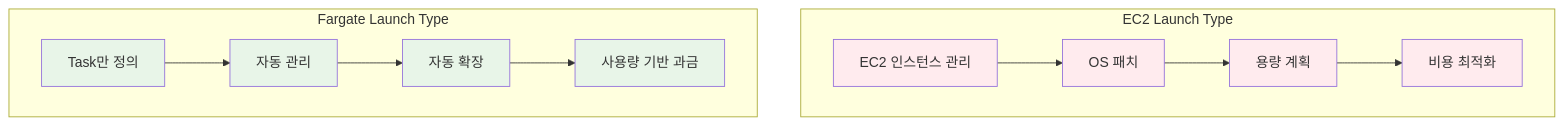
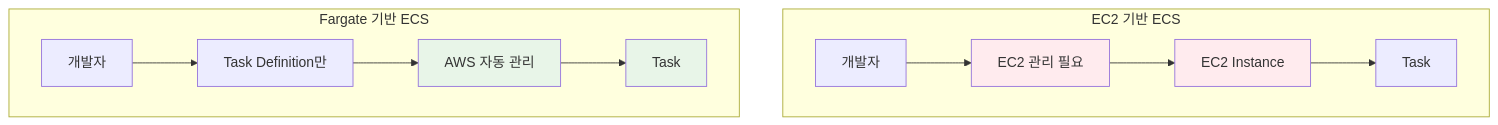
One commit to niceguy61/kdt_devops_lecture_2025 changed the second of 2 diagrams in theory/november/week_02/day3/session_2.md. Above: the diagram before and after it, drawn with Mermaid. The commit also changed other lines of this file and 7 other files, not shown here.

````diff
--- a/theory/november/week_02/day3/session_2.md
+++ b/theory/november/week_02/day3/session_2.md
@@ -107,28 +103,29 @@
 ```mermaid
 graph TB
-    subgraph "EC2 Launch Type"
-        A1[EC2 인스턴스 관리]
-        A2[OS 패치]
-        A3[용량 계획]
-        A4[비용 최적화]
+    subgraph "EC2 기반 ECS"
+        EC2_USER[개발자]
+        EC2_MANAGE[EC2 관리 필요]
+        EC2_INST[EC2 Instance]
+        EC2_TASK[Task]
+        
+        EC2_USER --> EC2_MANAGE
+        EC2_MANAGE --> EC2_INST
+        EC2_INST --> EC2_TASK
     end
     
-    subgraph "Fargate Launch Type"
-        B1[Task만 정의]
-        B2[자동 관리]
-        B3[자동 확장]
-        B4[사용량 기반 과금]
+    subgraph "Fargate 기반 ECS"
+        FG_USER[개발자]
+        FG_TASKDEF[Task Definition만]
+        FG_AUTO[AWS 자동 관리]
+        FG_TASK[Task]
+        
+        FG_USER --> FG_TASKDEF
+        FG_TASKDEF --> FG_AUTO
+        FG_AUTO --> FG_TASK
     end
     
-    A1 --> A2 --> A3 --> A4
-    B1 --> B2 --> B3 --> B4
-    
-    style A1 fill:#ffebee
-    style A2 fill:#ffebee
-    style A3 fill:#ffebee
-    style A4 fill:#ffebee
-    style B1 fill:#e8f5e8
-    style B2 fill:#e8f5e8
-    style B3 fill:#e8f5e8
-    style B4 fill:#e8f5e8
+    style EC2_MANAGE fill:#ffebee
+    style EC2_INST fill:#ffebee
+    style FG_AUTO fill:#e8f5e8
+    style FG_TASK fill:#e8f5e8
 ```
````
